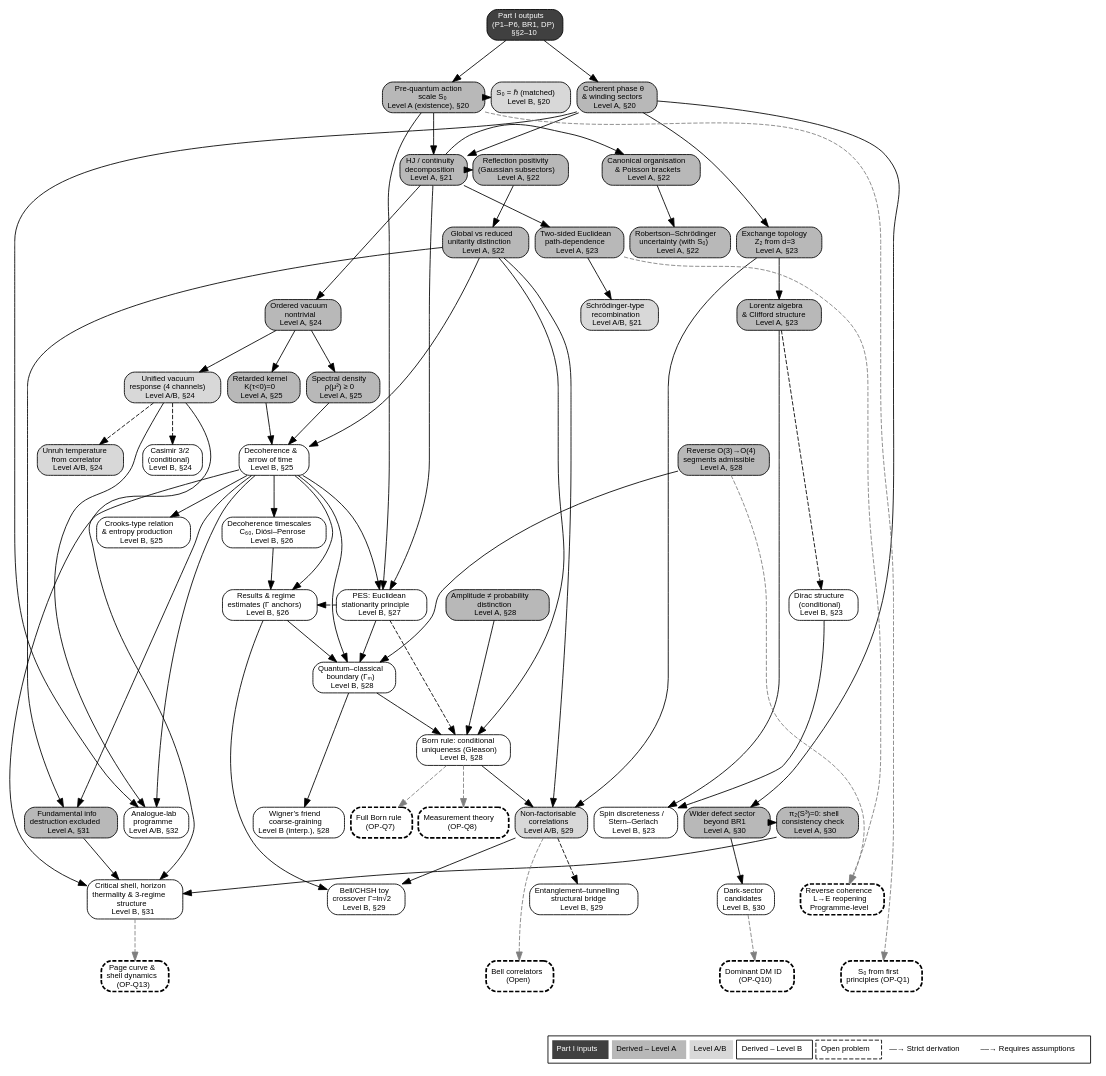
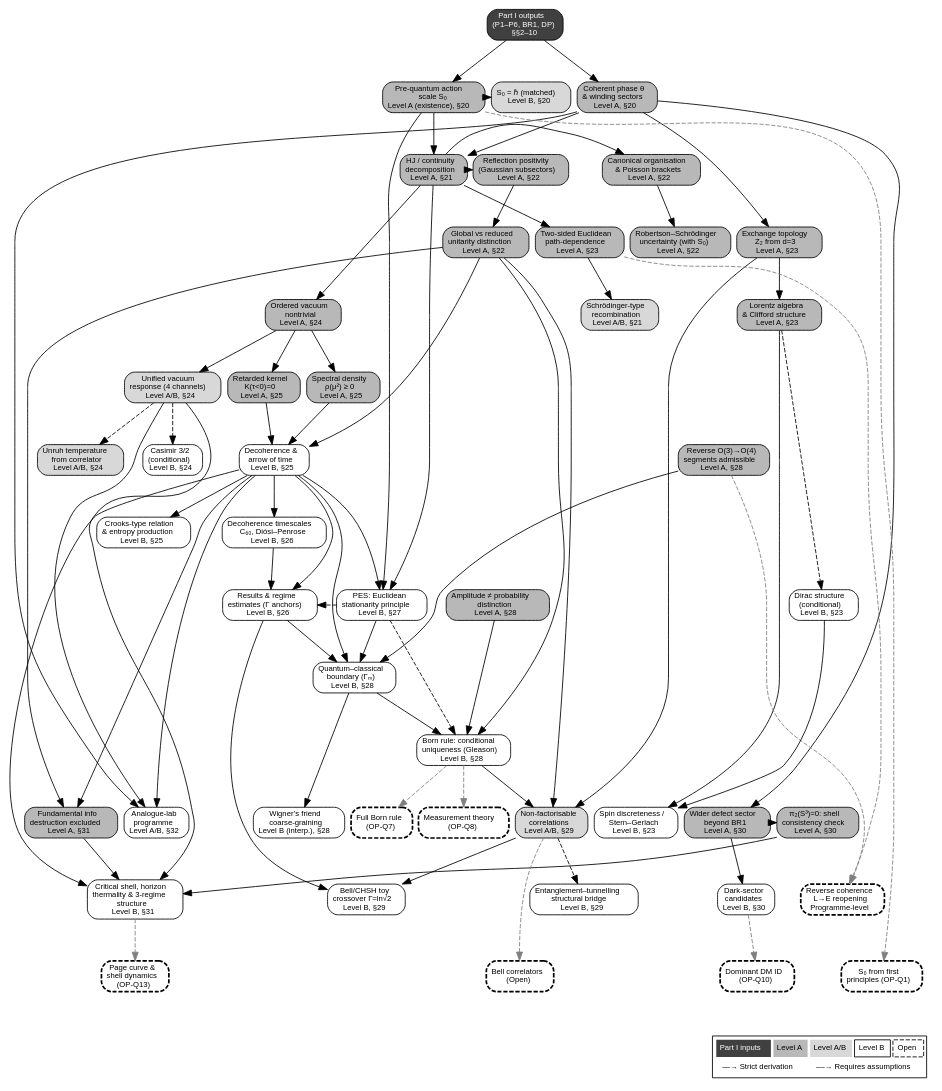
The diagram in fig_partIII_vertical_v2.gv (chufelo/ECT-preprint-code), drawn with Graphviz before and after one commit. The commit also changed 4 other files, not shown here.

```diff
--- a/fig_partIII_vertical_v2.gv
+++ b/fig_partIII_vertical_v2.gv
@@ -1,185 +1,187 @@
 digraph PartIII {
   rankdir=TB;
   fontname="Helvetica";
   node [fontname="Helvetica", fontsize=9, shape=box, style="rounded,filled", margin="0.08,0.04"];
   edge [fontname="Helvetica", fontsize=7];
   splines=true;
   nodesep=0.10;
   ranksep=0.68;
   labeljust=c;
 
   node [fillcolor="#404040", fontcolor=white];
   inputs [label=<Part I outputs<BR/>(P1&#x2013;P6, BR1, DP)<BR/>&#x00A7;&#x00A7;2&#x2013;10>];
 
   node [fillcolor="#b8b8b8", fontcolor=black];
   phase       [label=<Coherent phase &#x03B8;<BR/>&#x26; winding sectors<BR/>Level A, &#x00A7;20>];
   S0          [label=<Pre-quantum action<BR/>scale S&#x2080;<BR/>Level A (existence), &#x00A7;20>];
   HJ          [label=<HJ / continuity<BR/>decomposition<BR/>Level A, &#x00A7;21>];
   RP          [label=<Reflection positivity<BR/>(Gaussian subsectors)<BR/>Level A, &#x00A7;22>];
   unitarity   [label=<Global vs reduced<BR/>unitarity distinction<BR/>Level A, &#x00A7;22>];
   canonical   [label=<Canonical organisation<BR/>&#x26; Poisson brackets<BR/>Level A, &#x00A7;22>];
   uncertainty [label=<Robertson&#x2013;Schr&#xF6;dinger<BR/>uncertainty (with S&#x2080;)<BR/>Level A, &#x00A7;22>];
   exchange    [label=<Exchange topology<BR/>Z&#x2082; from d=3<BR/>Level A, &#x00A7;23>];
   path_dep    [label=<Two-sided Euclidean<BR/>path-dependence<BR/>Level A, &#x00A7;23>];
   lorentz_cliff [label=<Lorentz algebra<BR/>&#x26; Clifford structure<BR/>Level A, &#x00A7;23>];
   vac_nontrivial [label=<Ordered vacuum<BR/>nontrivial<BR/>Level A, &#x00A7;24>];
   retarded    [label=<Retarded kernel<BR/>K(&#x03C4;&#x3C;0)=0<BR/>Level A, &#x00A7;25>];
   spectral    [label=<Spectral density<BR/>&#x03C1;(&#x03BC;&#xB2;) &#x2265; 0<BR/>Level A, &#x00A7;25>];
   reverse     [label=<Reverse O(3)&#x2192;O(4)<BR/>segments admissible<BR/>Level A, &#x00A7;28>];
   amp_prob    [label=<Amplitude &#x2260; probability<BR/>distinction<BR/>Level A, &#x00A7;28>];
   no_info_loss [label=<Fundamental info<BR/>destruction excluded<BR/>Level A, &#x00A7;31>];
   wider_state [label=<Wider defect sector<BR/>beyond BR1<BR/>Level A, &#x00A7;30>];
   homotopy    [label=<&#x03C0;&#x2082;(S&#xB3;)=0: shell<BR/>consistency check<BR/>Level A, &#x00A7;30>];
 
   node [fillcolor="#d8d8d8", fontcolor=black];
   S0_match    [label=<S&#x2080; = &#x210F; (matched)<BR/>Level B, &#x00A7;20>];
   schrod      [label=<Schr&#xF6;dinger-type<BR/>recombination<BR/>Level A/B, &#x00A7;21>];
   unruh_T     [label=<Unruh temperature<BR/>from correlator<BR/>Level A/B, &#x00A7;24>];
   unified_vac [label=<Unified vacuum<BR/>response (4 channels)<BR/>Level A/B, &#x00A7;24>];
   entangle    [label=<Non-factorisable<BR/>correlations<BR/>Level A/B, &#x00A7;29>];
 
   node [fillcolor="#ffffff", fontcolor=black];
   decoh        [label=<Decoherence &#x26;<BR/>arrow of time<BR/>Level B, &#x00A7;25>];
   tau_dec      [label=<Decoherence timescales<BR/>C&#x2086;&#x2080;, Di&#xF3;si&#x2013;Penrose<BR/>Level B, &#x00A7;26>];
   crooks       [label=<Crooks-type relation<BR/>&#x26; entropy production<BR/>Level B, &#x00A7;25>];
   born         [label=<Born rule: conditional<BR/>uniqueness (Gleason)<BR/>Level B, &#x00A7;28>];
   qc_boundary  [label=<Quantum&#x2013;classical<BR/>boundary (&#x0393;&#x2098;)<BR/>Level B, &#x00A7;28>];
   dirac_cond   [label=<Dirac structure<BR/>(conditional)<BR/>Level B, &#x00A7;23>];
   casimir      [label=<Casimir 3/2<BR/>(conditional)<BR/>Level B, &#x00A7;24>];
   bh_shell     [label=<Critical shell, horizon<BR/>thermality &#x26; 3-regime<BR/>structure<BR/>Level B, &#x00A7;31>];
   dark_cand    [label=<Dark-sector<BR/>candidates<BR/>Level B, &#x00A7;30>];
   analogue     [label=<Analogue-lab<BR/>programme<BR/>Level A/B, &#x00A7;32>];
   decoh_results [label=<Results &#x26; regime<BR/>estimates (&#x0393; anchors)<BR/>Level B, &#x00A7;26>];
   pes          [label=<PES: Euclidean<BR/>stationarity principle<BR/>Level B, &#x00A7;27>];
   wigner       [label=<Wigner&#x2019;s friend<BR/>coarse-graining<BR/>Level B (interp.), &#x00A7;28>];
   ent_tunnel   [label=<Entanglement&#x2013;tunnelling<BR/>structural bridge<BR/>Level B, &#x00A7;29>];
   stern_gerlach [label=<Spin discreteness /<BR/>Stern&#x2013;Gerlach<BR/>Level B, &#x00A7;23>];
   bell_toy     [label=<Bell/CHSH toy<BR/>crossover &#x0393;=ln&#x221A;2<BR/>Level B, &#x00A7;29>];
 
   node [fillcolor="white", style="rounded,dashed", fontcolor=black, penwidth=2];
   reverse_coh [label=<Reverse coherence<BR/>L&#x2192;E reopening<BR/>Programme-level>];
   born_full   [label=<Full Born rule<BR/>(OP-Q7)>];
   measurement [label=<Measurement theory<BR/>(OP-Q8)>];
   page_curve  [label=<Page curve &#x26;<BR/>shell dynamics<BR/>(OP-Q13)>];
   bell_full   [label=<Bell correlators<BR/>(Open)>];
   dark_quant  [label=<Dominant DM ID<BR/>(OP-Q10)>];
   S0_calc     [label=<S&#x2080; from first<BR/>principles (OP-Q1)>];
 
   // ============================================================
   // RANKS — разбивка широких рядов
   // ============================================================
   {rank=same; inputs}
   {rank=same; phase; S0; S0_match}
   {rank=same; HJ; canonical; RP}
   {rank=same; uncertainty; unitarity; path_dep; exchange}
   {rank=same; schrod; lorentz_cliff; vac_nontrivial}
   // был (5): retarded spectral unified_vac unruh_T casimir
   {rank=same; retarded; spectral; unified_vac}
   {rank=same; unruh_T; casimir}
   // был (5): decoh tau_dec crooks reverse decoh_results
   {rank=same; decoh; reverse}
   {rank=same; tau_dec; crooks}
   {rank=same; decoh_results}
   // был (5): qc_boundary born amp_prob dirac_cond pes
   {rank=same; pes; amp_prob; dirac_cond}
   {rank=same; qc_boundary}
   {rank=same; born}
   // был (11!): entangle bh_shell no_info_loss wider_state dark_cand ent_tunnel bell_toy wigner stern_gerlach reverse_coh
   {rank=same; entangle; no_info_loss; wigner; stern_gerlach}
   {rank=same; bh_shell; bell_toy; ent_tunnel; reverse_coh}
   {rank=same; wider_state; homotopy}
   {rank=same; dark_cand}
   // был (8): analogue born_full measurement page_curve bell_full dark_quant S0_calc
   {rank=same; analogue; born_full; measurement}
   {rank=same; page_curve; bell_full; dark_quant; S0_calc}
 
   // ============================================================
   // EDGES — оригинал
   // ============================================================
   inputs -> phase;
   inputs -> S0;
   phase -> HJ;
   S0 -> HJ;
   HJ -> RP;
   HJ -> canonical;
   canonical -> uncertainty;
   RP -> unitarity;
   HJ -> path_dep;
   phase -> exchange;
   exchange -> lorentz_cliff;
   path_dep -> schrod;
   HJ -> vac_nontrivial;
   vac_nontrivial -> retarded;
   vac_nontrivial -> spectral;
   vac_nontrivial -> unified_vac;
   unitarity -> decoh;
   retarded -> decoh;
   spectral -> decoh;
   decoh -> crooks;
   decoh -> tau_dec;
   decoh -> qc_boundary;
   reverse -> qc_boundary;
   qc_boundary -> born;
   unitarity -> born;
   amp_prob -> born;
   exchange -> entangle;
   unitarity -> entangle;
   born -> entangle;
   unitarity -> no_info_loss;
   decoh -> no_info_loss;
   unified_vac -> bh_shell;
   decoh -> bh_shell;
   no_info_loss -> bh_shell;
   homotopy -> bh_shell;
   wider_state -> homotopy;
   phase -> wider_state;
   wider_state -> dark_cand;
   unified_vac -> analogue;
   decoh -> analogue;
   phase -> analogue;
   decoh -> pes;
   S0 -> pes;
   HJ -> pes;
   pes -> born [style=dashed];
   pes -> qc_boundary;
   decoh -> decoh_results;
   tau_dec -> decoh_results;
   pes -> decoh_results [style=dashed, constraint=false];
   decoh_results -> qc_boundary;
   qc_boundary -> wigner;
   entangle -> ent_tunnel [style=dashed];
   entangle -> bell_toy;
   decoh_results -> bell_toy;
   lorentz_cliff -> stern_gerlach;
   dirac_cond -> stern_gerlach;
   path_dep -> reverse_coh [style=dashed, color=gray50];
   reverse -> reverse_coh [style=dashed, color=gray50];
   S0 -> S0_match [style=dashed];
   lorentz_cliff -> dirac_cond [style=dashed];
   unified_vac -> casimir [style=dashed];
   unified_vac -> unruh_T [style=dashed];
   born -> born_full [style=dashed, color=gray50];
   born -> measurement [style=dashed, color=gray50];
   bh_shell -> page_curve [style=dashed, color=gray50];
   entangle -> bell_full [style=dashed, color=gray50];
   dark_cand -> dark_quant [style=dashed, color=gray50];
   S0 -> S0_calc [style=dashed, color=gray50];
 
   // Legend
   node [shape=plaintext, style="", fillcolor=white];
   legend [label=<
-    <TABLE BORDER="1" CELLBORDER="0" CELLSPACING="4" CELLPADDING="5" COLOR="black">
+    <TABLE BORDER="1" CELLBORDER="0" CELLSPACING="3" CELLPADDING="4" COLOR="black">
       <TR>
         <TD BGCOLOR="#404040"><FONT COLOR="white">Part I inputs</FONT></TD>
-        <TD BGCOLOR="#b8b8b8">Derived &#x2013; Level A</TD>
+        <TD BGCOLOR="#b8b8b8">Level A</TD>
         <TD BGCOLOR="#d8d8d8">Level A/B</TD>
-        <TD BGCOLOR="#ffffff" BORDER="1">Derived &#x2013; Level B</TD>
-        <TD BORDER="1" STYLE="DASHED">Open problem</TD>
-        <TD>&#x2014;&#x2192; Strict derivation</TD>
-        <TD>&#x2013;&#x2013;&#x2192; Requires assumptions</TD>
+        <TD BGCOLOR="#ffffff" BORDER="1">Level B</TD>
+        <TD BORDER="1" STYLE="DASHED">Open</TD>
+      </TR>
+      <TR>
+        <TD COLSPAN="2">&#x2014;&#x2192; Strict derivation</TD>
+        <TD COLSPAN="3">&#x2013;&#x2013;&#x2192; Requires assumptions</TD>
       </TR>
     </TABLE>
   >];
   S0_calc -> legend [style=invis];
   dark_quant -> legend [style=invis];
 }
```
